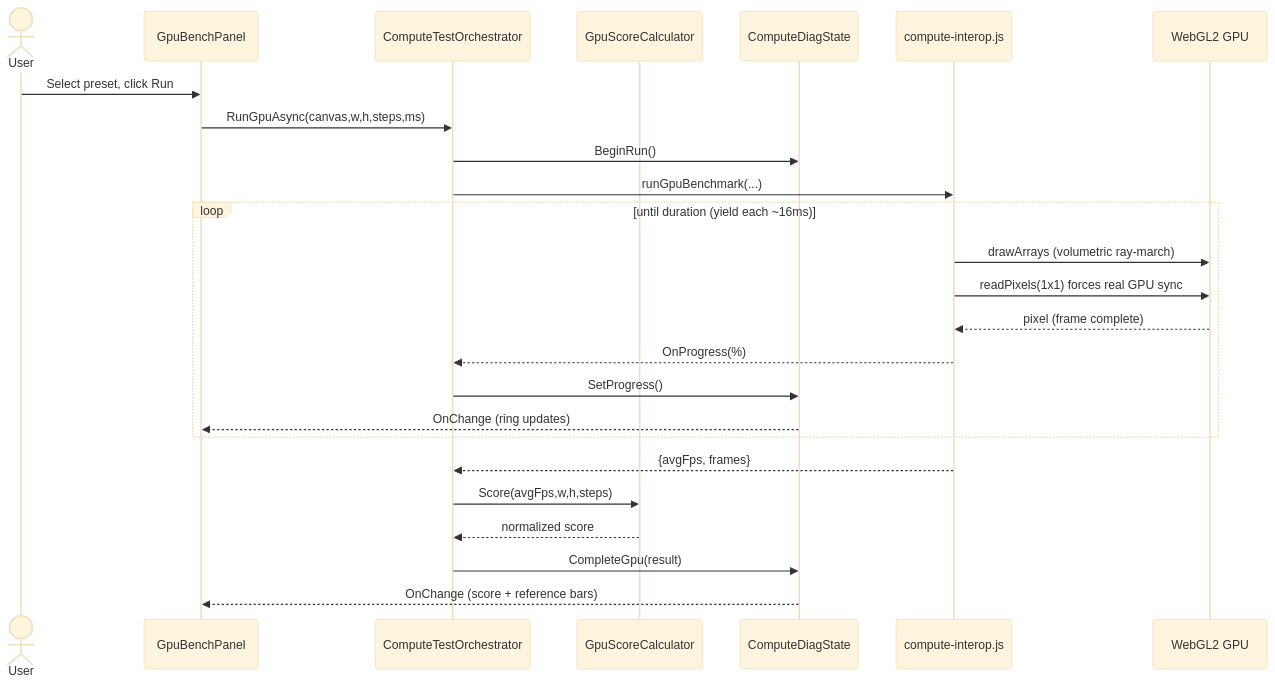
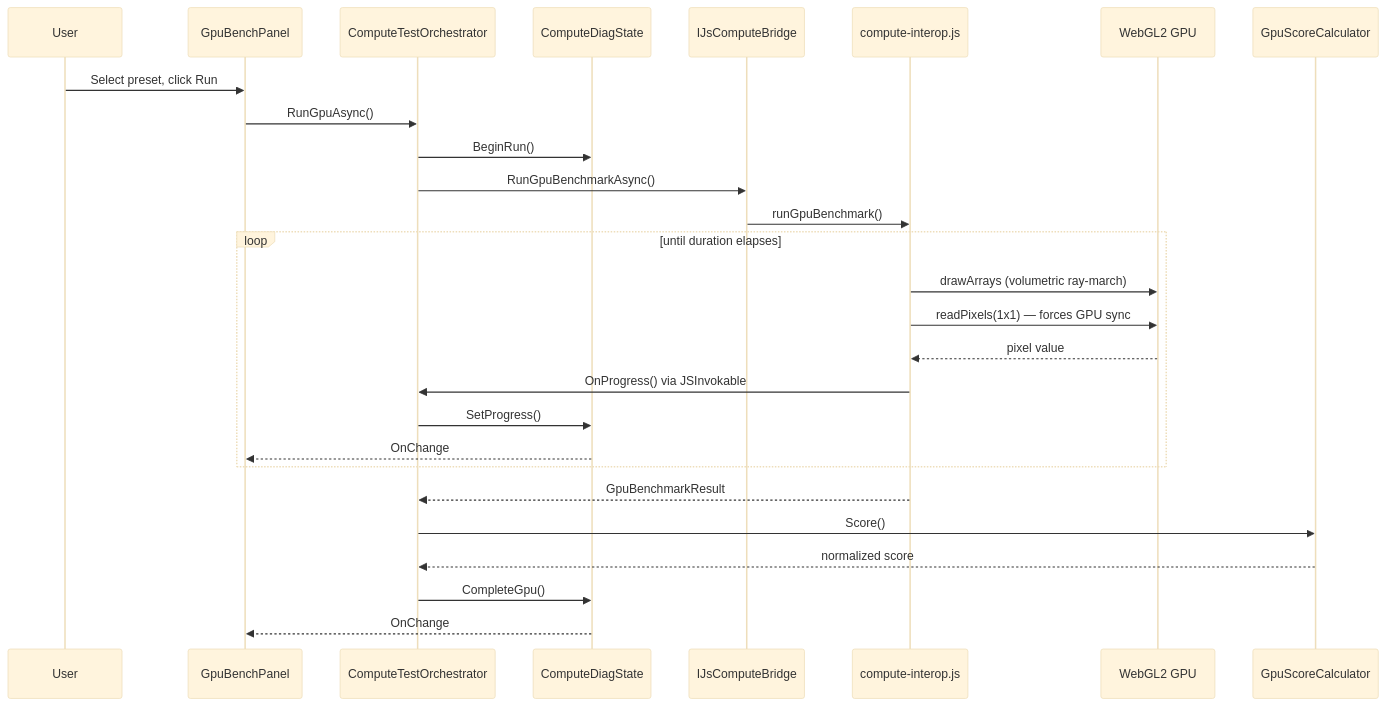
One commit to codeHannan/Hardware-Diagnostic-Platform-Blazor changed the seventh of 19 diagrams in DESIGN.md. Above: the diagram before and after it, drawn with Mermaid (base theme). The commit also changed other lines of this file and 38 other files, not shown here.

````diff
--- a/DESIGN.md
+++ b/DESIGN.md
@@ -654,28 +741,30 @@
 ```mermaid
 sequenceDiagram
-    actor U as User
+    participant U as User
     participant Panel as GpuBenchPanel
     participant Orch as ComputeTestOrchestrator
-    participant Calc as GpuScoreCalculator
     participant State as ComputeDiagState
+    participant Bridge as IJsComputeBridge
     participant JS as compute-interop.js
     participant GPU as WebGL2 GPU
+    participant Calc as GpuScoreCalculator
 
     U->>Panel: Select preset, click Run
-    Panel->>Orch: RunGpuAsync(canvas,w,h,steps,ms)
+    Panel->>Orch: RunGpuAsync()
     Orch->>State: BeginRun()
-    Orch->>JS: runGpuBenchmark(...)
-    loop until duration (yield each ~16ms)
+    Orch->>Bridge: RunGpuBenchmarkAsync()
+    Bridge->>JS: runGpuBenchmark()
+    loop until duration elapses
         JS->>GPU: drawArrays (volumetric ray-march)
-        JS->>GPU: readPixels(1x1) forces real GPU sync
-        GPU-->>JS: pixel (frame complete)
-        JS-->>Orch: OnProgress(%)
+        JS->>GPU: readPixels(1x1) — forces GPU sync
+        GPU-->>JS: pixel value
+        JS->>Orch: OnProgress() via JSInvokable
         Orch->>State: SetProgress()
-        State-->>Panel: OnChange (ring updates)
+        State-->>Panel: OnChange
     end
-    JS-->>Orch: {avgFps, frames}
-    Orch->>Calc: Score(avgFps,w,h,steps)
+    JS-->>Orch: GpuBenchmarkResult
+    Orch->>Calc: Score()
     Calc-->>Orch: normalized score
-    Orch->>State: CompleteGpu(result)
-    State-->>Panel: OnChange (score + reference bars)
+    Orch->>State: CompleteGpu()
+    State-->>Panel: OnChange
 ```
````
